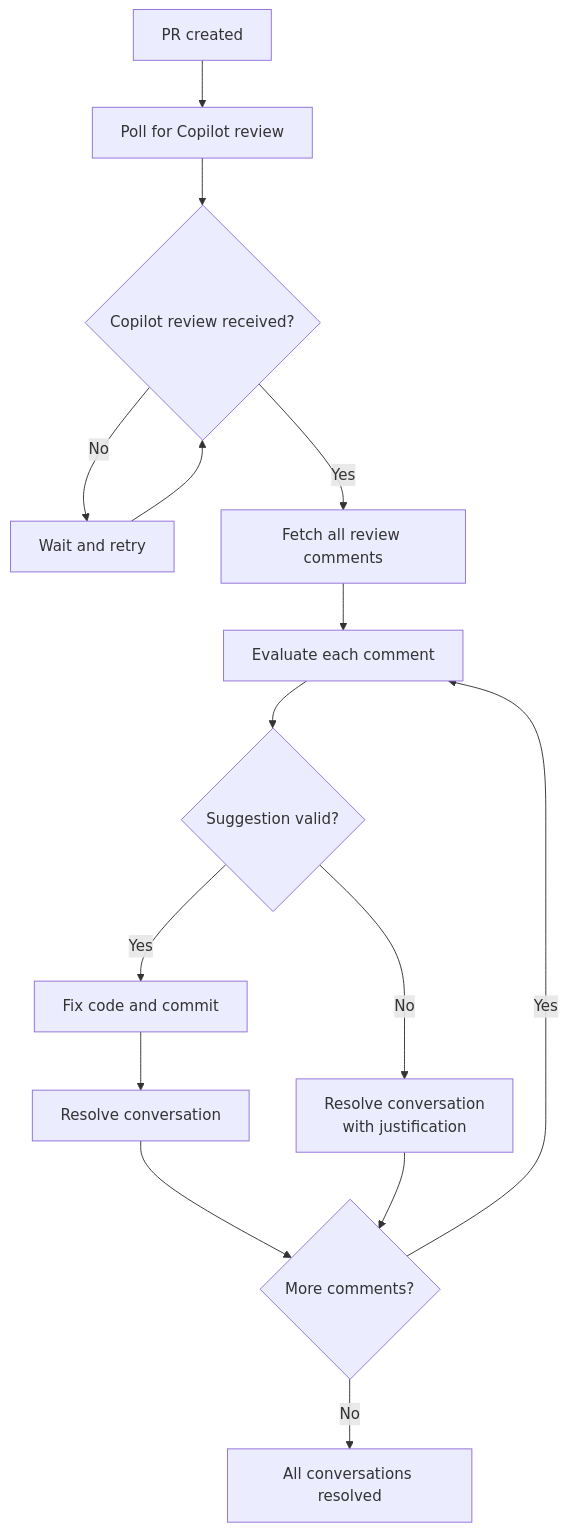
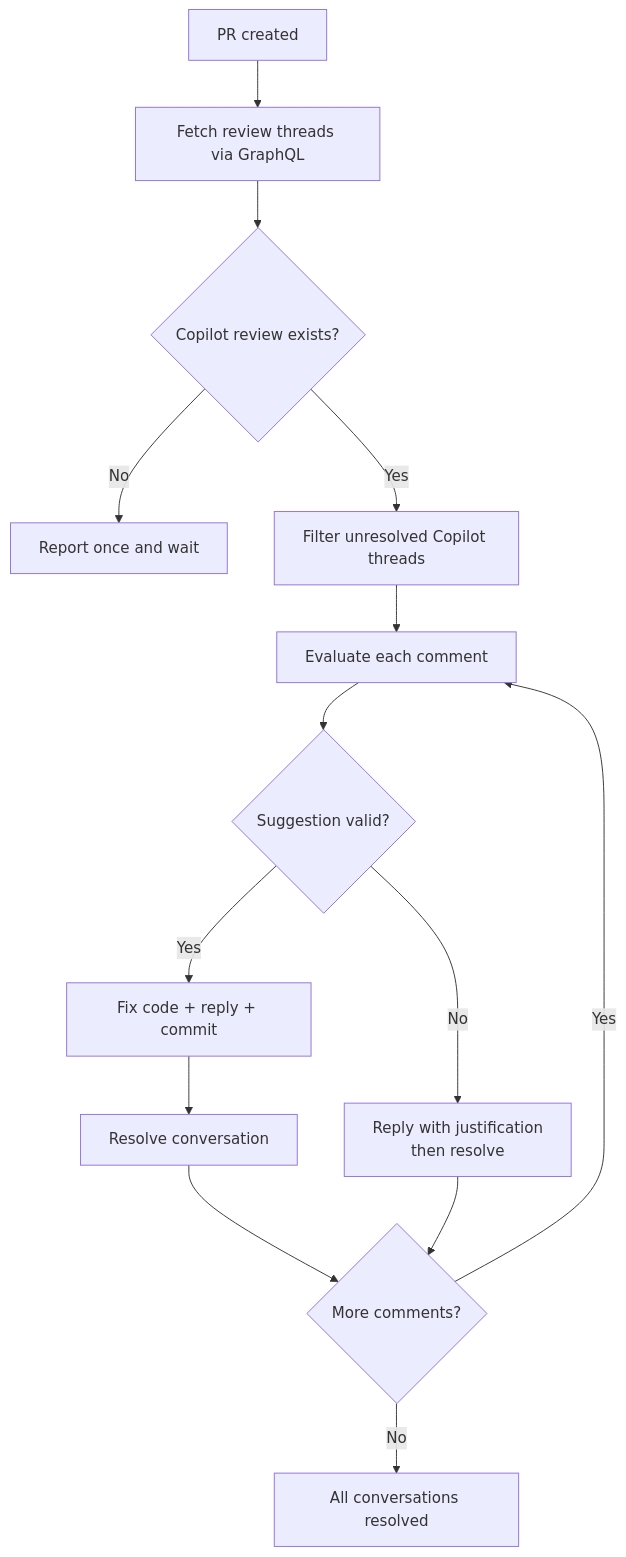
Before and after one commit to kent8192/reinhardt-cloud: the third of 4 diagrams in instructions/PR_GUIDELINE.md, drawn with Mermaid. The commit also changed other lines of this file and 4 other files, not shown here.

````diff
--- a/instructions/PR_GUIDELINE.md
+++ b/instructions/PR_GUIDELINE.md
@@ -283,17 +333,16 @@
 ```mermaid
 flowchart TD
-    A[PR created] --> B[Poll for Copilot review]
-    B --> C{Copilot review received?}
-    C -->|No| D[Wait and retry]
-    D --> C
-    C -->|Yes| E[Fetch all review comments]
+    A[PR created] --> B[Fetch review threads via GraphQL]
+    B --> C{Copilot review exists?}
+    C -->|No| D[Report once and wait]
+    C -->|Yes| E[Filter unresolved Copilot threads]
     E --> F[Evaluate each comment]
     F --> G{Suggestion valid?}
-    G -->|Yes| H[Fix code and commit]
+    G -->|Yes| H[Fix code + reply + commit]
     H --> I[Resolve conversation]
-    G -->|No| J[Resolve conversation<br/>with justification]
+    G -->|No| J[Reply with justification<br/>then resolve]
     I --> K{More comments?}
     J --> K
     K -->|Yes| F
     K -->|No| L[All conversations resolved]
 ```
````
